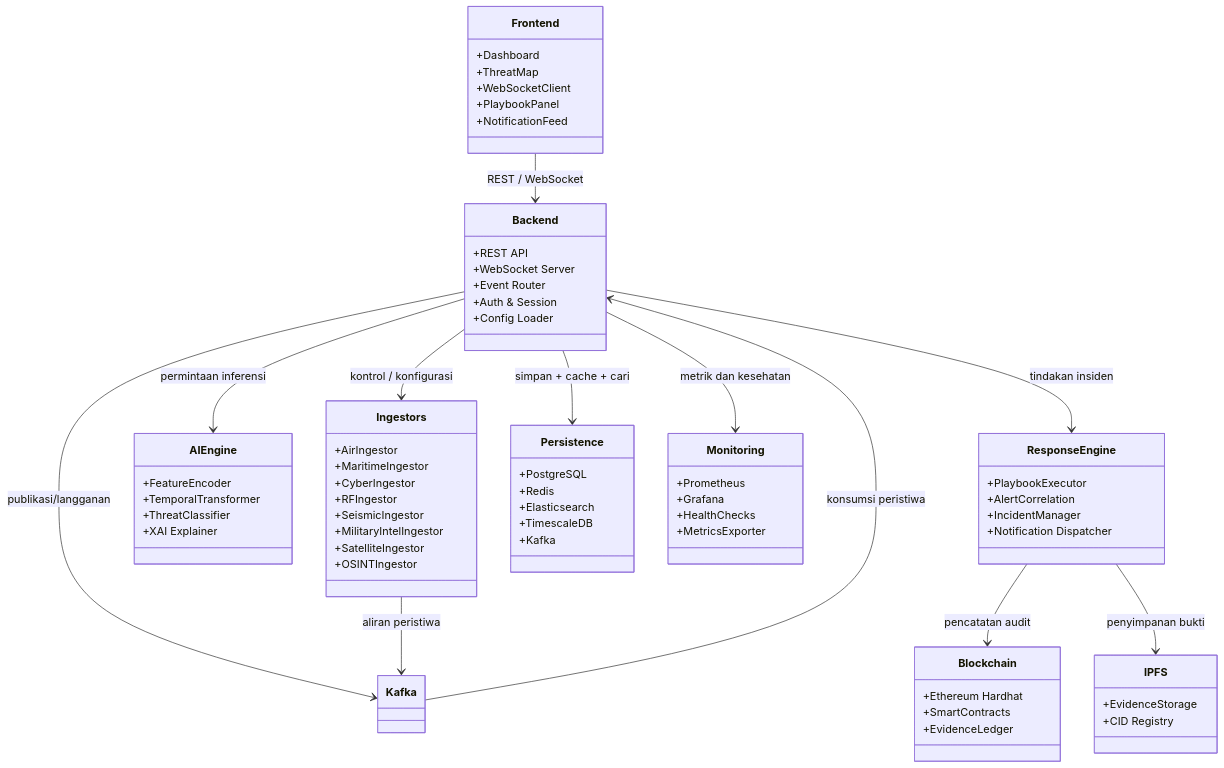
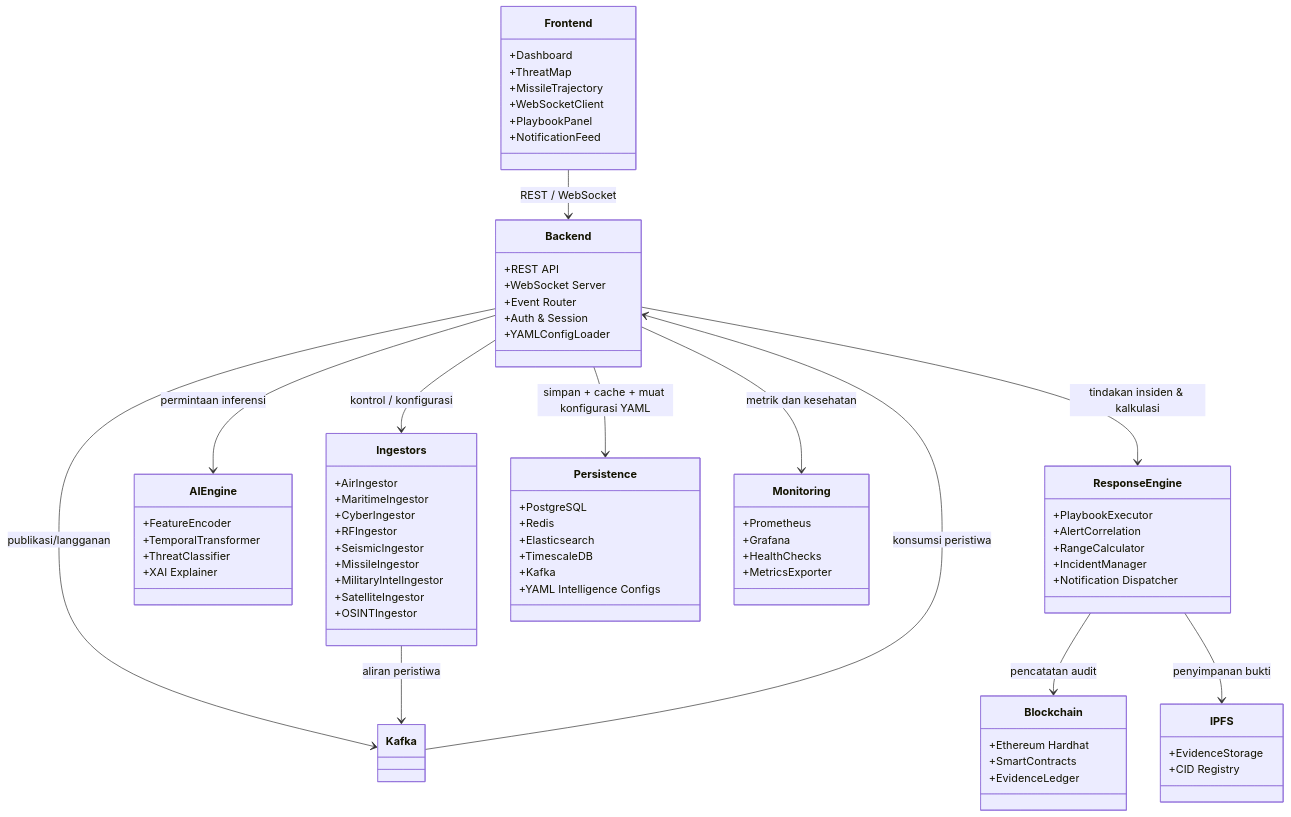
Before and after one commit to wi5nuu/SENTINEL-X-X-Domain-Threat-Fusion-Platform: the second of 3 diagrams in README.md, drawn with Mermaid. The commit also changed other lines of this file, not shown here.

Commit message:
docs: update architecture diagrams to reflect missile ingestor and YAML configs

````diff
--- a/README.md
+++ b/README.md
@@ -303,73 +306,77 @@
 ```mermaid
 classDiagram
     class Frontend {
         +Dashboard
         +ThreatMap
+        +MissileTrajectory
         +WebSocketClient
         +PlaybookPanel
         +NotificationFeed
     }
     class Backend {
         +REST API
         +WebSocket Server
         +Event Router
         +Auth & Session
-        +Config Loader
+        +YAMLConfigLoader
     }
     class Ingestors {
         +AirIngestor
         +MaritimeIngestor
         +CyberIngestor
         +RFIngestor
         +SeismicIngestor
+        +MissileIngestor
         +MilitaryIntelIngestor
         +SatelliteIngestor
         +OSINTIngestor
     }
     class AIEngine {
         +FeatureEncoder
         +TemporalTransformer
         +ThreatClassifier
         +XAI Explainer
     }
     class ResponseEngine {
         +PlaybookExecutor
         +AlertCorrelation
+        +RangeCalculator
         +IncidentManager
         +Notification Dispatcher
     }
     class Persistence {
         +PostgreSQL
         +Redis
         +Elasticsearch
         +TimescaleDB
         +Kafka
+        +YAML Intelligence Configs
     }
     class Blockchain {
         +Ethereum Hardhat
         +SmartContracts
         +EvidenceLedger
     }
     class IPFS {
         +EvidenceStorage
         +CID Registry
     }
     class Monitoring {
         +Prometheus
         +Grafana
         +HealthChecks
         +MetricsExporter
     }
 
     Frontend --> Backend: REST / WebSocket
-    Backend --> Persistence: simpan + cache + cari
+    Backend --> Persistence: simpan + cache + muat konfigurasi YAML
     Backend --> Kafka: publikasi/langganan
     Backend --> Ingestors: kontrol / konfigurasi
     Backend --> AIEngine: permintaan inferensi
-    Backend --> ResponseEngine: tindakan insiden
+    Backend --> ResponseEngine: tindakan insiden & kalkulasi
     ResponseEngine --> Blockchain: pencatatan audit
     ResponseEngine --> IPFS: penyimpanan bukti
     Backend --> Monitoring: metrik dan kesehatan
     Ingestors --> Kafka: aliran peristiwa
     Kafka --> Backend: konsumsi peristiwa
 ```
````
